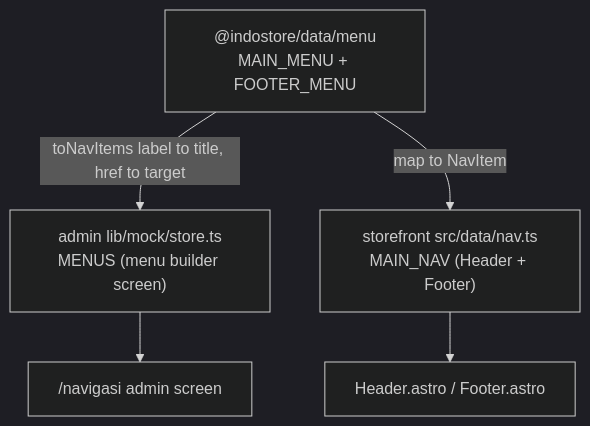
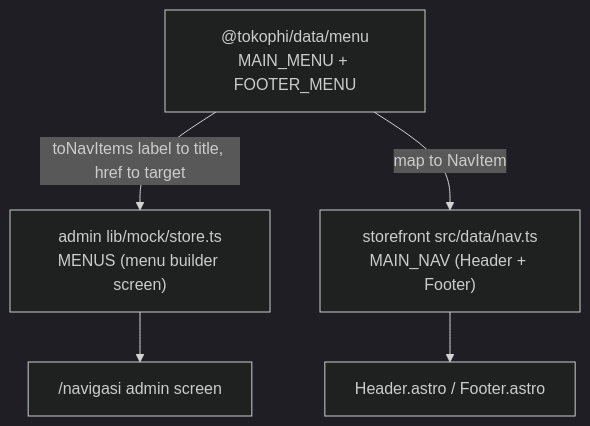
The second of 2 diagrams in specs/docs/ARCHITECTURE.md (ongkipro/tokophi), drawn with Mermaid (dark theme) before and after one commit. The commit also changed other lines of this file and 98 other files, not shown here.

````diff
--- a/specs/docs/ARCHITECTURE.md
+++ b/specs/docs/ARCHITECTURE.md
@@ -114,8 +114,8 @@
 ```mermaid
 flowchart TD
-  Src["@indostore/data/menu<br/>MAIN_MENU + FOOTER_MENU"]
+  Src["@tokophi/data/menu<br/>MAIN_MENU + FOOTER_MENU"]
   Src -->|toNavItems label to title, href to target| AdminMENUS["admin lib/mock/store.ts<br/>MENUS (menu builder screen)"]
   Src -->|map to NavItem| StoreNav["storefront src/data/nav.ts<br/>MAIN_NAV (Header + Footer)"]
   AdminMENUS --> Navigasi["/navigasi admin screen"]
   StoreNav --> Header["Header.astro / Footer.astro"]
 ```
````
